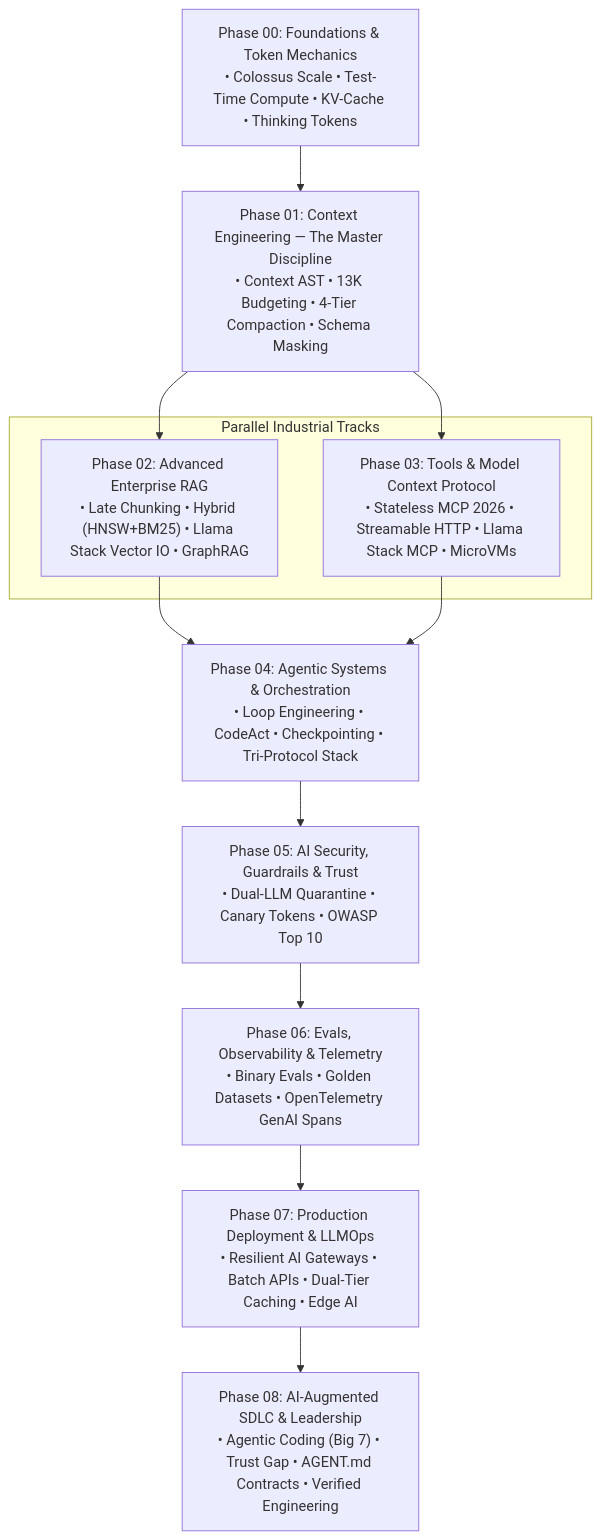
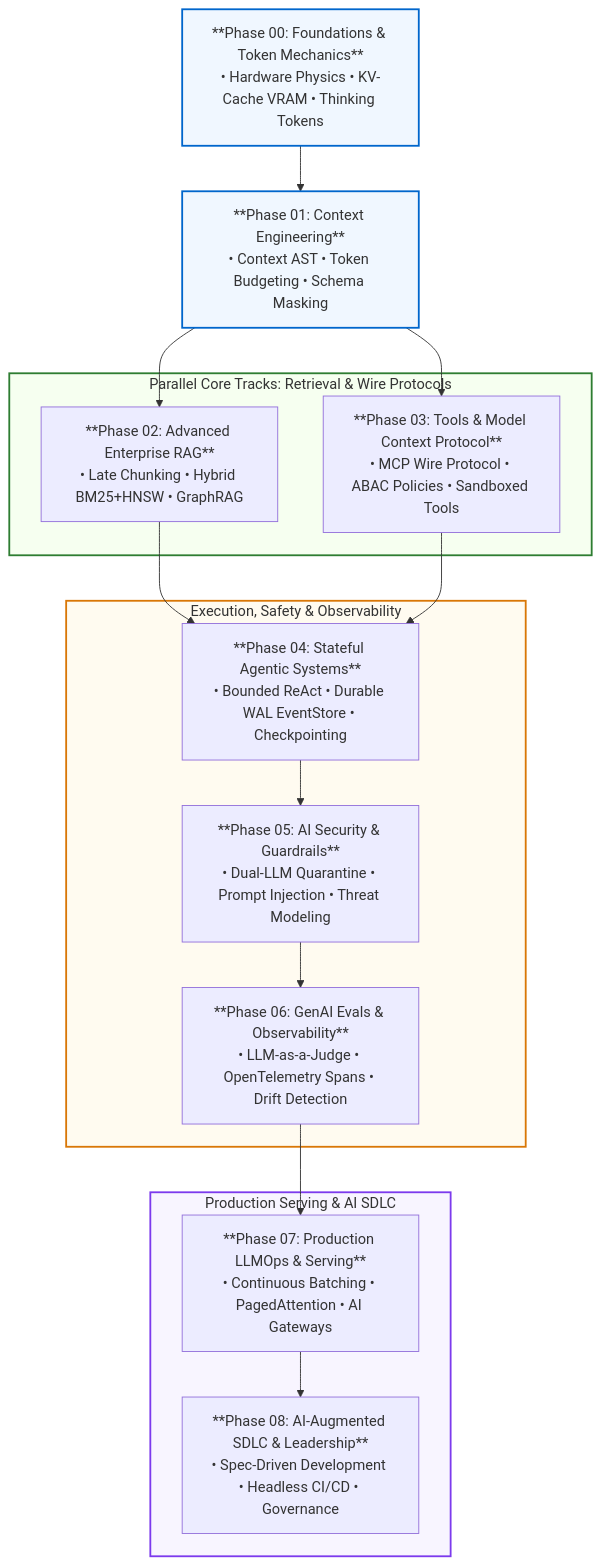
One commit to dip4k/senior-engineer-to-ai-engineer-roadmap changed the second of 4 diagrams in README.md. Above: the diagram before and after it, drawn with Mermaid. The commit also changed other lines of this file and 3 other files, not shown here.

Commit message:
feat(curriculum): update root README, roadmap, transition guide, and Phase 02 with modern UI flowcharts and ELI10 blueprints

````diff
--- a/README.md
+++ b/README.md
@@ -105,20 +120,32 @@
 ```mermaid
 flowchart TD
-    S0["Phase 00: Foundations & Token Mechanics<br>• Colossus Scale • Test-Time Compute • KV-Cache • Thinking Tokens"] --> S1
-    S1["Phase 01: Context Engineering — The Master Discipline<br>• Context AST • 13K Budgeting • 4-Tier Compaction • Schema Masking"] --> S2
+    S0["**Phase 00: Foundations & Token Mechanics**<br>• Hardware Physics • KV-Cache VRAM • Thinking Tokens"] --> S1
+    S1["**Phase 01: Context Engineering**<br>• Context AST • Token Budgeting • Schema Masking"] --> S2
     S1 --> S3
     
-    subgraph CoreTracks["Parallel Industrial Tracks"]
-        S2["Phase 02: Advanced Enterprise RAG<br>• Late Chunking • Hybrid (HNSW+BM25) • Llama Stack Vector IO • GraphRAG"]
-        S3["Phase 03: Tools & Model Context Protocol<br>• Stateless MCP 2026 • Streamable HTTP • Llama Stack MCP • MicroVMs"]
+    subgraph CoreTracks["Parallel Core Tracks: Retrieval & Wire Protocols"]
+        S2["**Phase 02: Advanced Enterprise RAG**<br>• Late Chunking • Hybrid BM25+HNSW • GraphRAG"]
+        S3["**Phase 03: Tools & Model Context Protocol**<br>• MCP Wire Protocol • ABAC Policies • Sandboxed Tools"]
     end
     
     S2 --> S4
     S3 --> S4
     
-    S4["Phase 04: Agentic Systems & Orchestration<br>• Loop Engineering • CodeAct • Checkpointing • Tri-Protocol Stack"] --> S5
-    S5["Phase 05: AI Security, Guardrails & Trust<br>• Dual-LLM Quarantine • Canary Tokens • OWASP Top 10"] --> S6
-    S6["Phase 06: Evals, Observability & Telemetry<br>• Binary Evals • Golden Datasets • OpenTelemetry GenAI Spans"] --> S7
-    S7["Phase 07: Production Deployment & LLMOps<br>• Resilient AI Gateways • Batch APIs • Dual-Tier Caching • Edge AI"] --> S8
-    S8["Phase 08: AI-Augmented SDLC & Leadership<br>• Agentic Coding (Big 7) • Trust Gap • AGENT.md Contracts • Verified Engineering"]
+    subgraph AgenticTracks["Execution, Safety & Observability"]
+        S4["**Phase 04: Stateful Agentic Systems**<br>• Bounded ReAct • Durable WAL EventStore • Checkpointing"] --> S5
+        S5["**Phase 05: AI Security & Guardrails**<br>• Dual-LLM Quarantine • Prompt Injection • Threat Modeling"] --> S6
+        S6["**Phase 06: GenAI Evals & Observability**<br>• LLM-as-a-Judge • OpenTelemetry Spans • Drift Detection"]
+    end
+
+    S6 --> S7
+    subgraph ProductionTracks["Production Serving & AI SDLC"]
+        S7["**Phase 07: Production LLMOps & Serving**<br>• Continuous Batching • PagedAttention • AI Gateways"] --> S8
+        S8["**Phase 08: AI-Augmented SDLC & Leadership**<br>• Spec-Driven Development • Headless CI/CD • Governance"]
+    end
+
+    style S0 fill:#f0f7ff,stroke:#0066cc,stroke-width:2px
+    style S1 fill:#f0f7ff,stroke:#0066cc,stroke-width:2px
+    style CoreTracks fill:#f6fff0,stroke:#2e7d32,stroke-width:2px
+    style AgenticTracks fill:#fffbf0,stroke:#d97706,stroke-width:2px
+    style ProductionTracks fill:#f8f5ff,stroke:#7c3aed,stroke-width:2px
 ```
````
